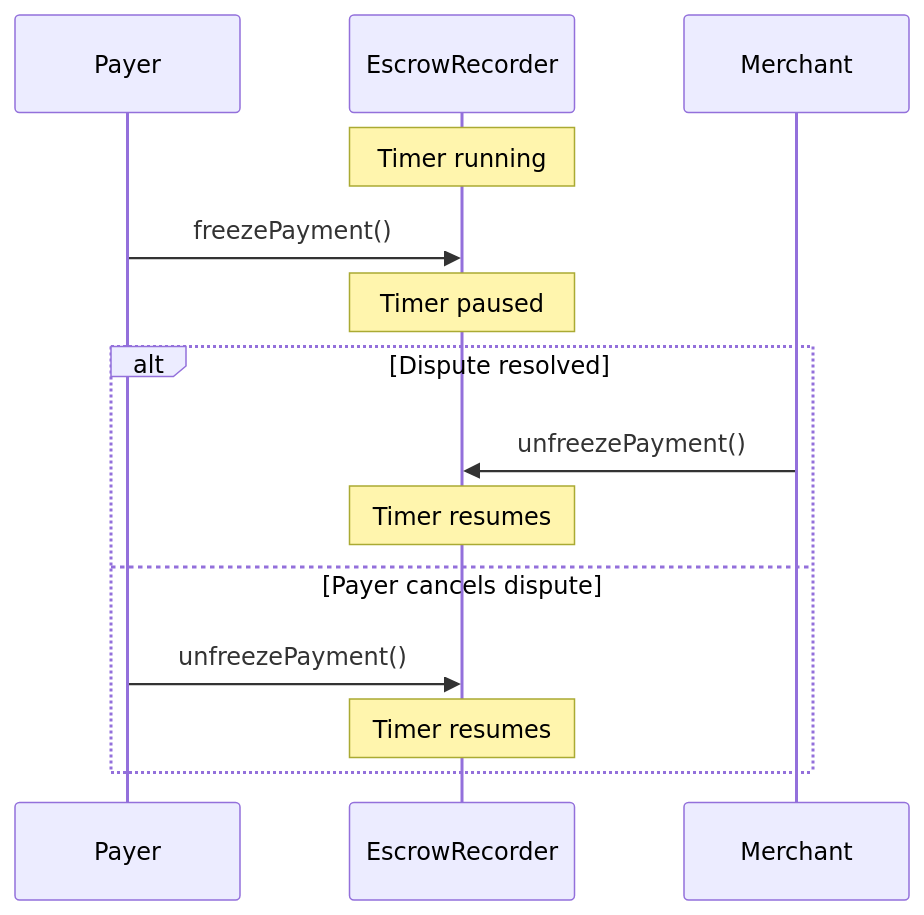
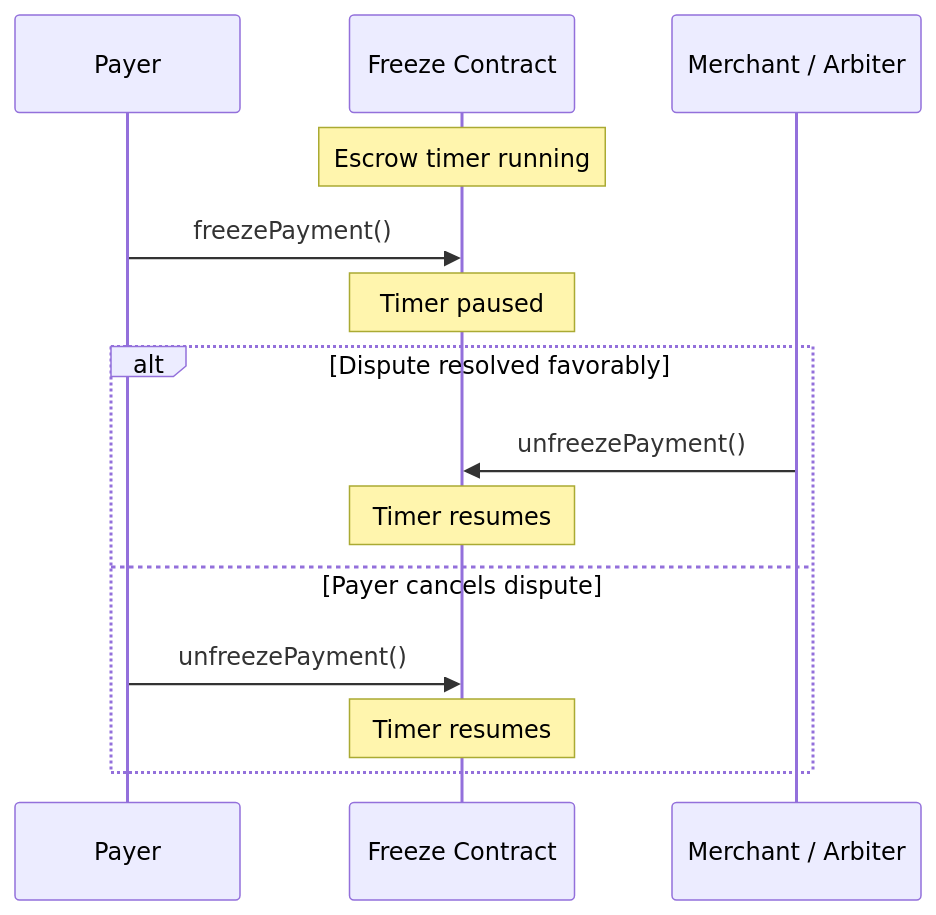
One commit to BackTrackCo/docs changed the diagram in sdk/client/escrow-management.mdx. Above: the diagram before and after it, drawn with Mermaid. The commit also changed other lines of this file and 34 other files, not shown here.

````diff
--- a/sdk/client/escrow-management.mdx
+++ b/sdk/client/escrow-management.mdx
@@ -115,18 +244,18 @@
 ```mermaid
 sequenceDiagram
     participant P as Payer
-    participant E as EscrowRecorder
-    participant M as Merchant
+    participant F as Freeze Contract
+    participant M as Merchant / Arbiter
 
-    Note over E: Timer running
-    P->>E: freezePayment()
-    Note over E: Timer paused
+    Note over F: Escrow timer running
+    P->>F: freezePayment()
+    Note over F: Timer paused
 
-    alt Dispute resolved
-        M->>E: unfreezePayment()
-        Note over E: Timer resumes
+    alt Dispute resolved favorably
+        M->>F: unfreezePayment()
+        Note over F: Timer resumes
     else Payer cancels dispute
-        P->>E: unfreezePayment()
-        Note over E: Timer resumes
+        P->>F: unfreezePayment()
+        Note over F: Timer resumes
     end
 ```
````
